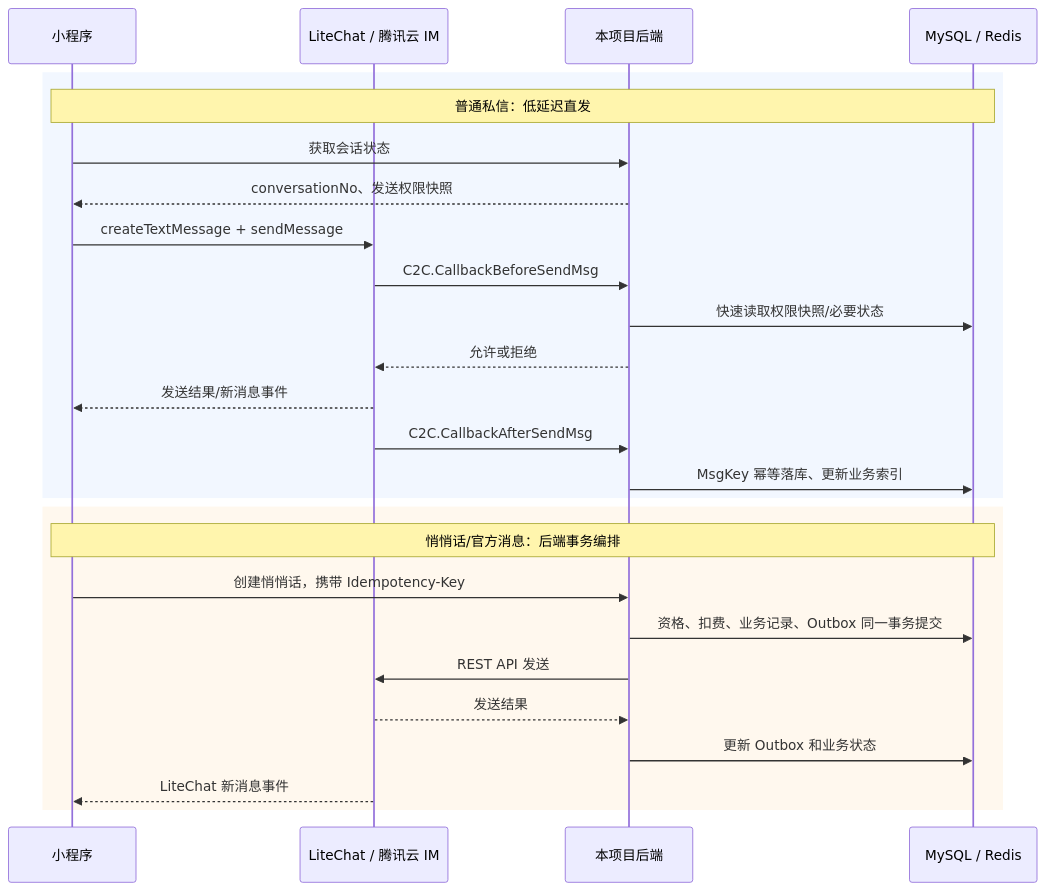
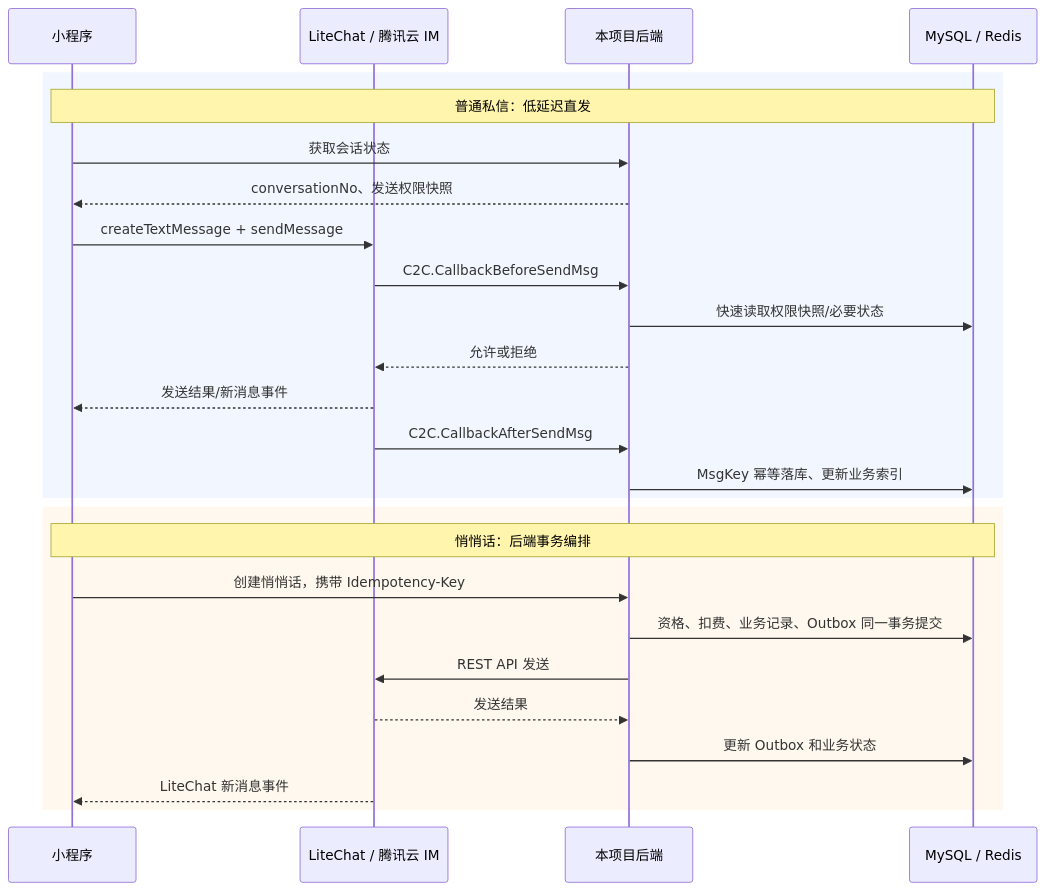
One commit to shaYuPiSpacetime/spacetime changed the second of 2 diagrams in docs/技术方案/2026-07-13-腾讯云IM聊天接入-tcdesign.md. Above: the diagram before and after it, drawn with Mermaid. The commit also changed other lines of this file and 363 other files, not shown here.

````diff
--- a/docs/技术方案/2026-07-13-腾讯云IM聊天接入-tcdesign.md
+++ b/docs/技术方案/2026-07-13-腾讯云IM聊天接入-tcdesign.md
@@ -104,30 +114,30 @@
 ```mermaid
 sequenceDiagram
     participant M as 小程序
     participant I as LiteChat / 腾讯云 IM
     participant B as 本项目后端
     participant D as MySQL / Redis
 
     rect rgb(242, 247, 255)
         Note over M,D: 普通私信：低延迟直发
         M->>B: 获取会话状态
         B-->>M: conversationNo、发送权限快照
         M->>I: createTextMessage + sendMessage
         I->>B: C2C.CallbackBeforeSendMsg
         B->>D: 快速读取权限快照/必要状态
         B-->>I: 允许或拒绝
         I-->>M: 发送结果/新消息事件
         I->>B: C2C.CallbackAfterSendMsg
         B->>D: MsgKey 幂等落库、更新业务索引
     end
 
     rect rgb(255, 248, 238)
-        Note over M,D: 悄悄话/官方消息：后端事务编排
+        Note over M,D: 悄悄话：后端事务编排
         M->>B: 创建悄悄话，携带 Idempotency-Key
         B->>D: 资格、扣费、业务记录、Outbox 同一事务提交
         B->>I: REST API 发送
         I-->>B: 发送结果
         B->>D: 更新 Outbox 和业务状态
         I-->>M: LiteChat 新消息事件
     end
 ```
````
